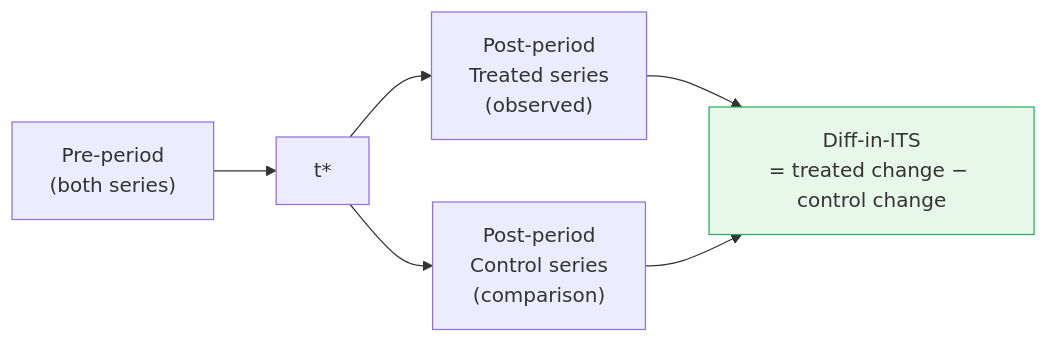
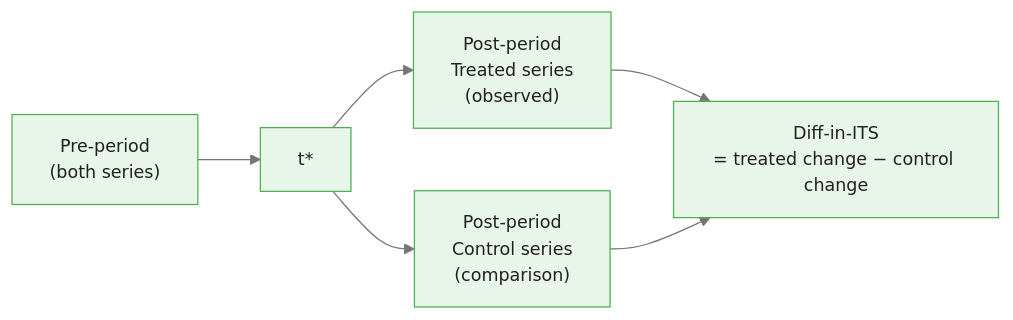
The third of 5 diagrams in courses/causalpy-interrupted-time-series/modules/module_01_its_fundamentals/guides/01_its_introduction_slides.md (m-deane/course-creator), drawn with Mermaid before and after one commit. The commit also changed other lines of this file and 87 other files, not shown here.

````diff
--- a/courses/causalpy-interrupted-time-series/modules/module_01_its_fundamentals/guides/01_its_introduction_slides.md
+++ b/courses/causalpy-interrupted-time-series/modules/module_01_its_fundamentals/guides/01_its_introduction_slides.md
@@ -207,9 +222,9 @@
 ```mermaid
+%%{init: {"theme": "base", "themeVariables": {"primaryColor": "#e8f5e9", "primaryBorderColor": "#4caf50", "primaryTextColor": "#212121", "secondaryColor": "#e3f2fd", "tertiaryColor": "#fff8e1", "lineColor": "#757575", "fontFamily": "Inter, sans-serif", "fontSize": "14px"}}}%%
 flowchart LR
     A["Pre-period\n(both series)"] --> B["t*"]
     B --> C["Post-period\nTreated series\n(observed)"]
     B --> D["Post-period\nControl series\n(comparison)"]
     C --> E["Diff-in-ITS\n= treated change − control change"]
     D --> E
-    style E fill:#e8f8e8,stroke:#27ae60
 ```
````
